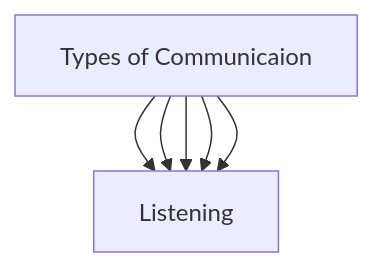
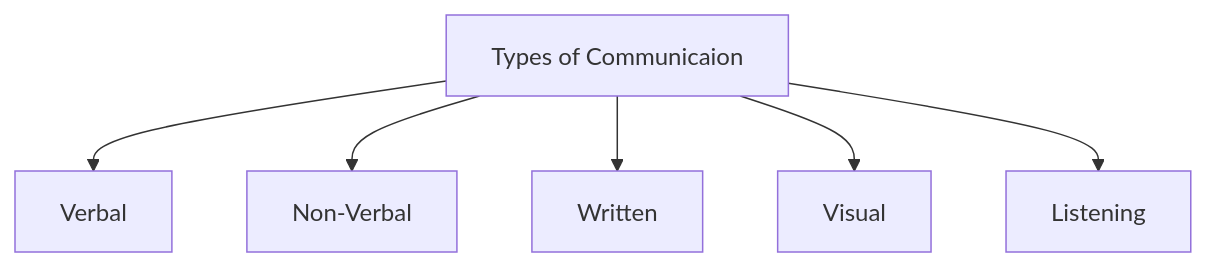
The second of 2 diagrams in freelancing.md (engradeelnayyar/engradeelnayyar), drawn with Mermaid before and after one commit.

````diff
--- a/freelancing.md
+++ b/freelancing.md
@@ -17,12 +17,12 @@
 ```mermaid
 
 graph TD
 
 A[Types of Communicaion]-->B[Verbal]
-A[Types of Communicaion]-->B[Non-Verbal]
-A[Types of Communicaion]-->B[Written]
-A[Types of Communicaion]-->B[Visual]
-A[Types of Communicaion]-->B[Listening]
+A[Types of Communicaion]-->C[Non-Verbal]
+A[Types of Communicaion]-->D[Written]
+A[Types of Communicaion]-->E[Visual]
+A[Types of Communicaion]-->F[Listening]
 
 
 ```
````
